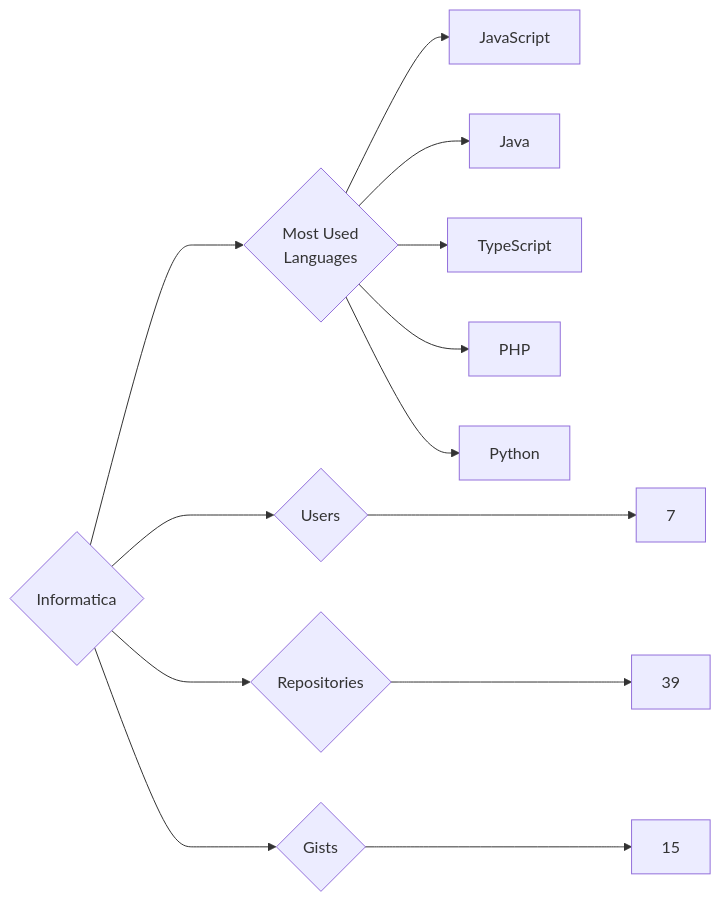
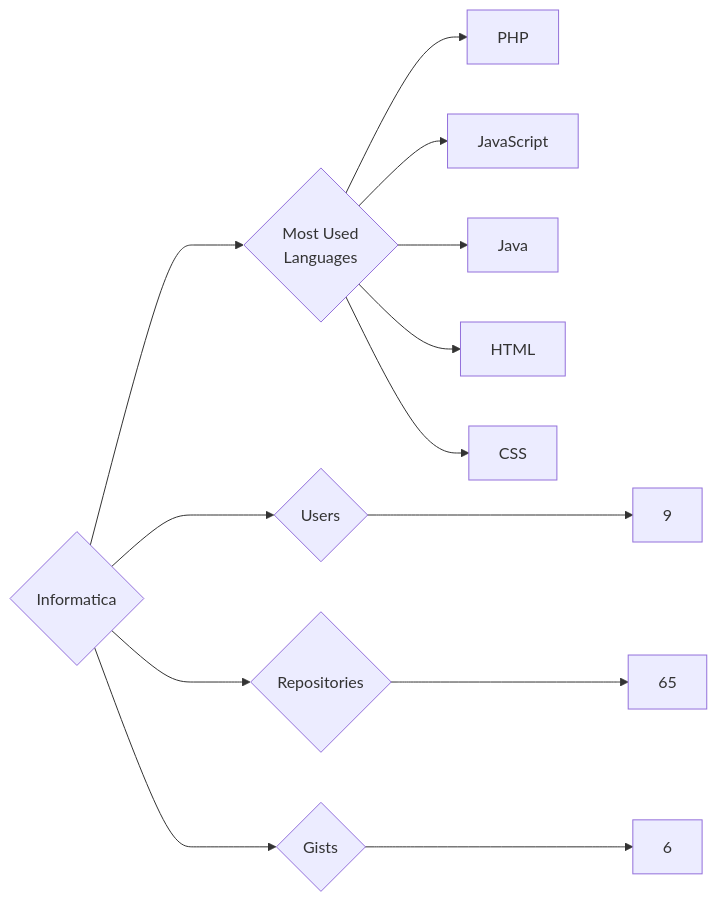
The diagram in targets/Informatica/README.md (trickest/insiders), drawn with Mermaid before and after one commit. The commit also changed 840 other files, not shown here.

````diff
--- a/targets/Informatica/README.md
+++ b/targets/Informatica/README.md
@@ -3,13 +3,13 @@
 ```mermaid
 graph LR
 COMPANY_NAME{Informatica}
-COMPANY_NAME ---> U{Users} ---> UN[7]
-COMPANY_NAME ---> R{Repositories} ---> RN[39]
-COMPANY_NAME ---> G{Gists} ---> GN[15]
+COMPANY_NAME ---> U{Users} ---> UN[9]
+COMPANY_NAME ---> R{Repositories} ---> RN[65]
+COMPANY_NAME ---> G{Gists} ---> GN[6]
 COMPANY_NAME ---> ML{Most Used<br>Languages}
+ML --> PHP[PHP]
 ML --> JavaScript[JavaScript]
 ML --> Java[Java]
-ML --> TypeScript[TypeScript]
-ML --> PHP[PHP]
-ML --> Python[Python]
+ML --> HTML[HTML]
+ML --> CSS[CSS]
 ```
````
